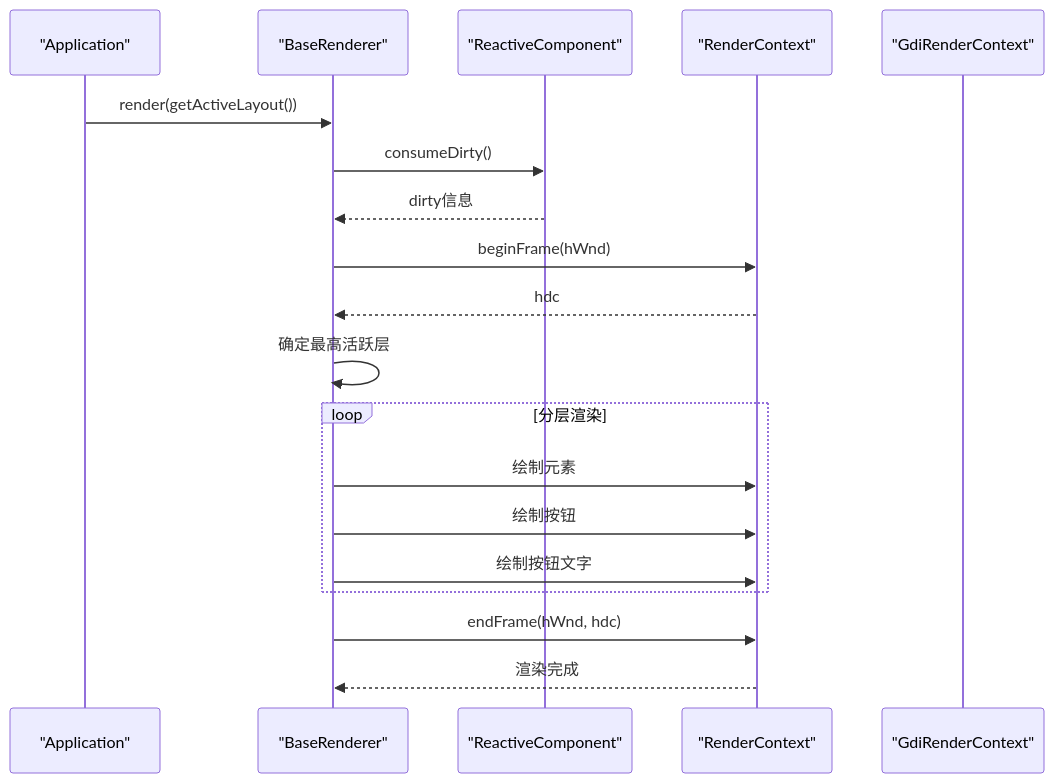
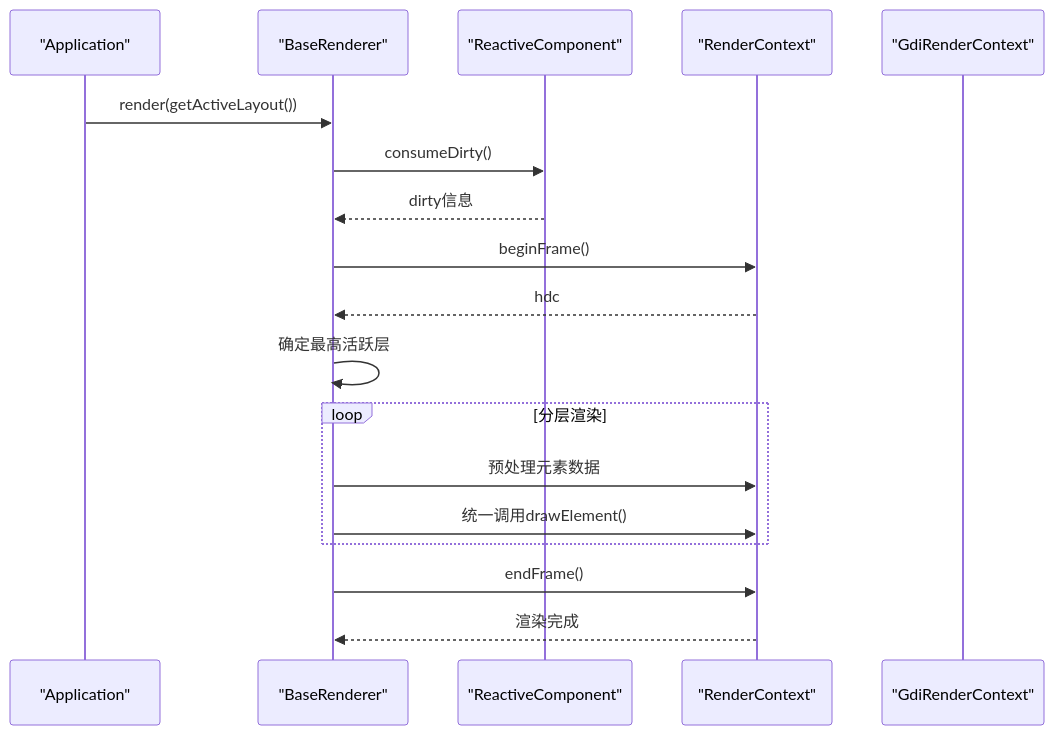
The eighth of 10 diagrams in .qoder/repowiki/zh/content/核心架构设计/应用控制设计.md (xingye00186/PUI), drawn with Mermaid before and after one commit. The commit also changed other lines of this file and 10 other files, not shown here.

````diff
--- a/.qoder/repowiki/zh/content/核心架构设计/应用控制设计.md
+++ b/.qoder/repowiki/zh/content/核心架构设计/应用控制设计.md
@@ -354,21 +427,20 @@
 ```mermaid
 sequenceDiagram
 participant App as "Application"
 participant Renderer as "BaseRenderer"
 participant Component as "ReactiveComponent"
 participant RenderCtx as "RenderContext"
 participant GDI as "GdiRenderContext"
 App->>Renderer : render(getActiveLayout())
 Renderer->>Component : consumeDirty()
 Component-->>Renderer : dirty信息
-Renderer->>RenderCtx : beginFrame(hWnd)
+Renderer->>RenderCtx : beginFrame()
 RenderCtx-->>Renderer : hdc
 Renderer->>Renderer : 确定最高活跃层
 loop 分层渲染
-Renderer->>RenderCtx : 绘制元素
-Renderer->>RenderCtx : 绘制按钮
-Renderer->>RenderCtx : 绘制按钮文字
+Renderer->>RenderCtx : 预处理元素数据
+Renderer->>RenderCtx : 统一调用drawElement()
 end
-Renderer->>RenderCtx : endFrame(hWnd, hdc)
+Renderer->>RenderCtx : endFrame()
 RenderCtx-->>Renderer : 渲染完成
 ```
````
